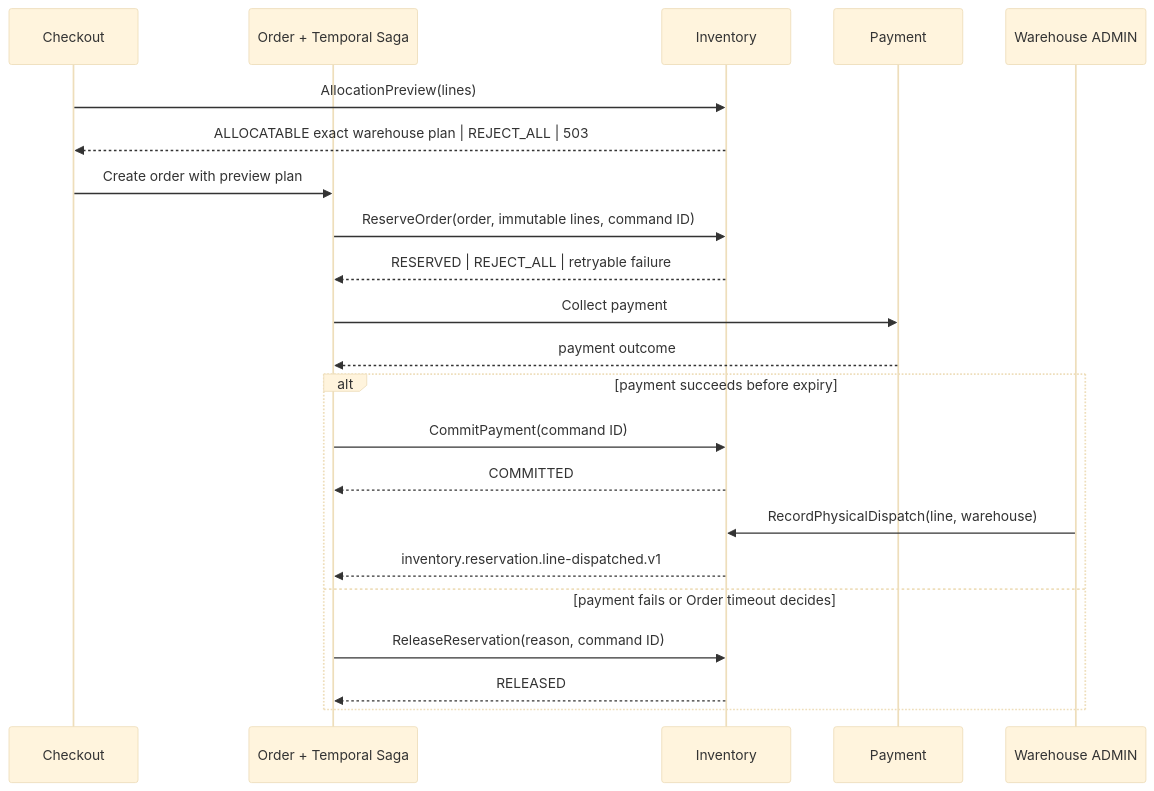
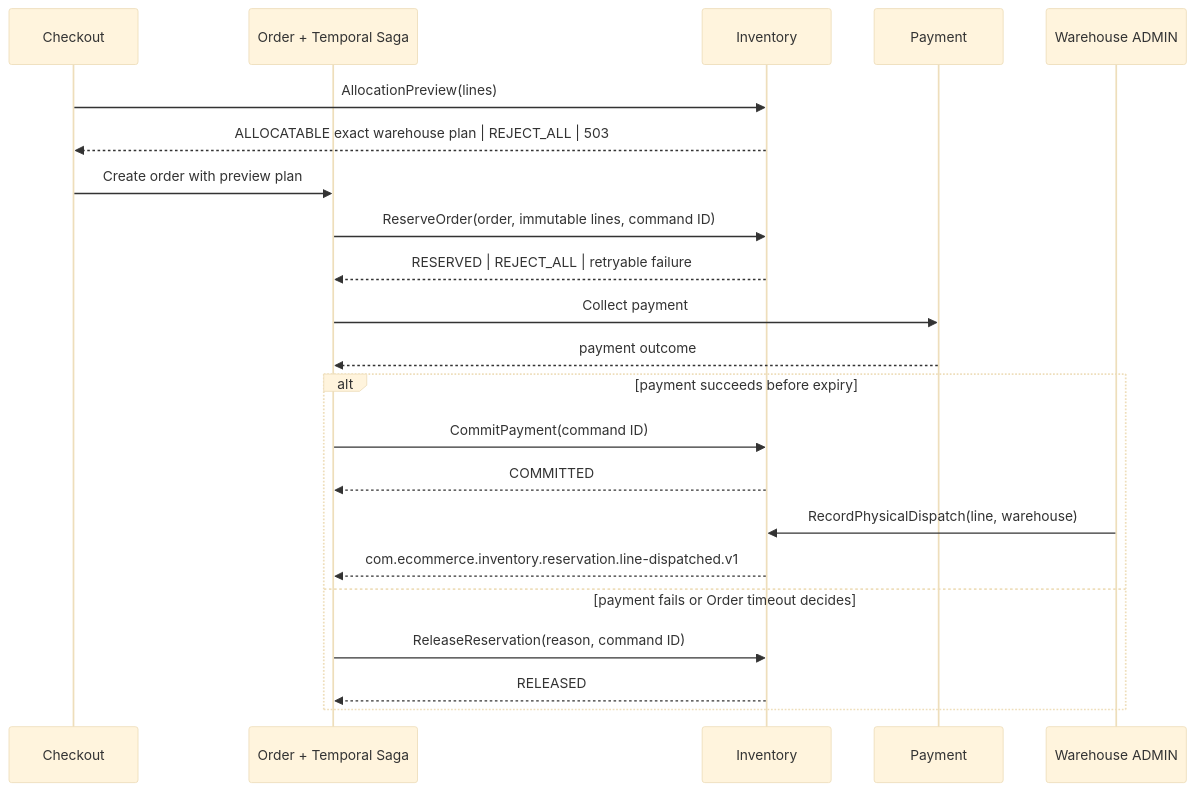
Before and after one commit to quangdung2110/e-commerce-microservices: the first of 2 diagrams in docs/inventory/workflows.md, drawn with Mermaid (base theme). The commit also changed other lines of this file and 4 other files, not shown here.

````diff
--- a/docs/inventory/workflows.md
+++ b/docs/inventory/workflows.md
@@ -9,25 +9,25 @@
 ```mermaid
 sequenceDiagram
   participant C as Checkout
   participant O as Order + Temporal Saga
   participant I as Inventory
   participant P as Payment
   participant A as Warehouse ADMIN
 
   C->>I: AllocationPreview(lines)
   I-->>C: ALLOCATABLE exact warehouse plan | REJECT_ALL | 503
   C->>O: Create order with preview plan
   O->>I: ReserveOrder(order, immutable lines, command ID)
   I-->>O: RESERVED | REJECT_ALL | retryable failure
   O->>P: Collect payment
   P-->>O: payment outcome
   alt payment succeeds before expiry
     O->>I: CommitPayment(command ID)
     I-->>O: COMMITTED
     A->>I: RecordPhysicalDispatch(line, warehouse)
-    I-->>O: inventory.reservation.line-dispatched.v1
+    I-->>O: com.ecommerce.inventory.reservation.line-dispatched.v1
   else payment fails or Order timeout decides
     O->>I: ReleaseReservation(reason, command ID)
     I-->>O: RELEASED
   end
 ```
````
